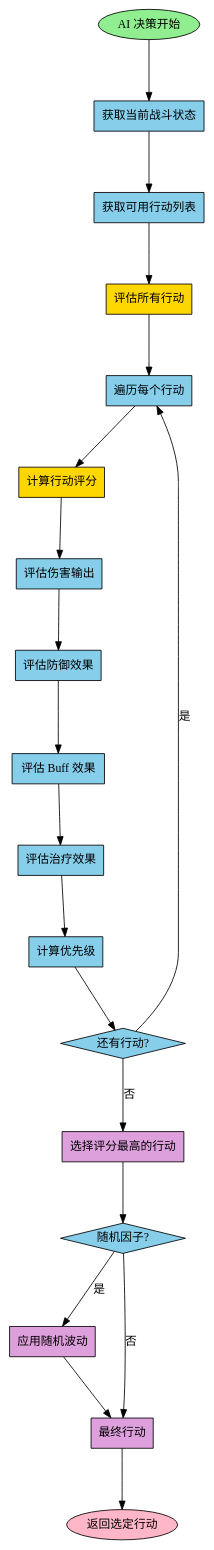
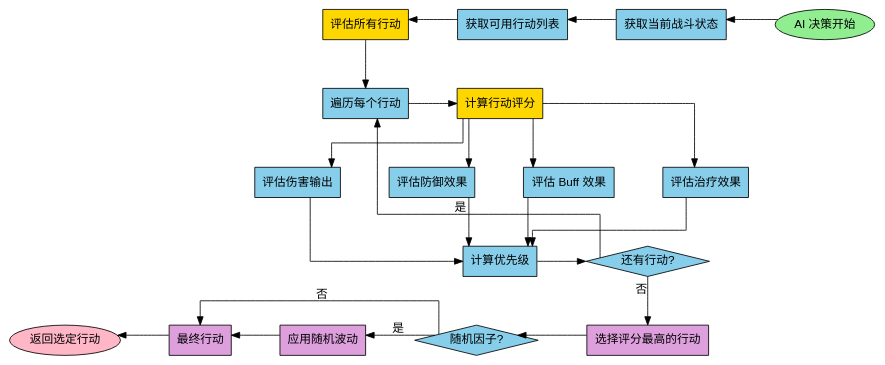
The diagram in 项目知识库（AI）/图表资源/图9_AI决策流程.md (TXYzznc/GP), drawn with Graphviz before and after one commit. The commit also changed 8 other files, not shown here.

Commit message:
chore: 同步 Prefab、工程配置和知识库图表更新

````diff
--- a/项目知识库（AI）/图表资源/图9_AI决策流程.md
+++ b/项目知识库（AI）/图表资源/图9_AI决策流程.md
@@ -10,45 +10,67 @@
 ```dot
 digraph {
     rankdir=TB;
     nodesep=0.8;
-    ranksep=1.0;
-    splines=orthogonal;
+    ranksep=0.8;
+    splines=ortho;
+    
+    node [fontname="SimHei,sans-serif"];
+    edge [fontname="SimHei,sans-serif"];
     
     Start [label="AI 决策开始", style="filled", fillcolor="#90EE90", shape="ellipse"];
     GetState [label="获取当前战斗状态", style="filled", fillcolor="#87CEEB", shape="box"];
     GetOptions [label="获取可用行动列表", style="filled", fillcolor="#87CEEB", shape="box"];
     EvaluateAll [label="评估所有行动", style="filled", fillcolor="#FFD700", shape="box"];
     Loop [label="遍历每个行动", style="filled", fillcolor="#87CEEB", shape="box"];
     CalcScore [label="计算行动评分", style="filled", fillcolor="#FFD700", shape="box"];
     CheckDamage [label="评估伤害输出", style="filled", fillcolor="#87CEEB", shape="box"];
     CheckDefense [label="评估防御效果", style="filled", fillcolor="#87CEEB", shape="box"];
     CheckBuff [label="评估 Buff 效果", style="filled", fillcolor="#87CEEB", shape="box"];
     CheckHeal [label="评估治疗效果", style="filled", fillcolor="#87CEEB", shape="box"];
     CalcPriority [label="计算优先级", style="filled", fillcolor="#87CEEB", shape="box"];
     MoreActions [label="还有行动?", style="filled", fillcolor="#87CEEB", shape="diamond"];
     SelectBest [label="选择评分最高的行动", style="filled", fillcolor="#DDA0DD", shape="box"];
     CheckRandom [label="随机因子?", style="filled", fillcolor="#87CEEB", shape="diamond"];
     ApplyRandom [label="应用随机波动", style="filled", fillcolor="#DDA0DD", shape="box"];
     FinalAction [label="最终行动", style="filled", fillcolor="#DDA0DD", shape="box"];
     End [label="返回选定行动", style="filled", fillcolor="#FFB6C6", shape="ellipse"];
     
-    Start -> GetState;
-    GetState -> GetOptions;
-    GetOptions -> EvaluateAll;
+    // 第1行：右→左（蛇形）
+    {rank=same; Start; GetState; GetOptions; EvaluateAll}
+    EvaluateAll -> GetOptions -> GetState -> Start [style=invis];
+    Start -> GetState -> GetOptions -> EvaluateAll [constraint=false];
+    
+    // 循环入口（EvaluateAll在左侧，直接向下连Loop）
+    {rank=same; Loop; CalcScore}
     EvaluateAll -> Loop;
     Loop -> CalcScore;
+    
+    // 四个评估维度并排（关键：展开宽度）
+    {rank=same; CheckDamage; CheckDefense; CheckBuff; CheckHeal}
     CalcScore -> CheckDamage;
-    CheckDamage -> CheckDefense;
-    CheckDefense -> CheckBuff;
-    CheckBuff -> CheckHeal;
+    CalcScore -> CheckDefense;
+    CalcScore -> CheckBuff;
+    CalcScore -> CheckHeal;
+    
+    // 汇聚到优先级计算
+    {rank=same; CalcPriority; MoreActions}
+    CheckDamage -> CalcPriority;
+    CheckDefense -> CalcPriority;
+    CheckBuff -> CalcPriority;
     CheckHeal -> CalcPriority;
     CalcPriority -> MoreActions;
-    MoreActions -> Loop [label="是"];
-    MoreActions -> SelectBest [label="否"];
-    SelectBest -> CheckRandom;
-    CheckRandom -> ApplyRandom [label="是"];
-    CheckRandom -> FinalAction [label="否"];
-    ApplyRandom -> FinalAction;
-    FinalAction -> End;
+    
+    // 循环回路
+    MoreActions -> Loop [xlabel="是", constraint=false];
+    
+    // 第5行：右→左（蛇形）
+    {rank=same; SelectBest; CheckRandom; ApplyRandom; FinalAction; End}
+    End -> FinalAction -> ApplyRandom -> CheckRandom -> SelectBest [style=invis];
+    MoreActions -> SelectBest [xlabel="否"];
+    SelectBest -> CheckRandom [constraint=false];
+    CheckRandom -> ApplyRandom [xlabel="是", constraint=false];
+    CheckRandom -> FinalAction [xlabel="否", constraint=false];
+    ApplyRandom -> FinalAction [constraint=false];
+    FinalAction -> End [constraint=false];
 }
 ```
````
